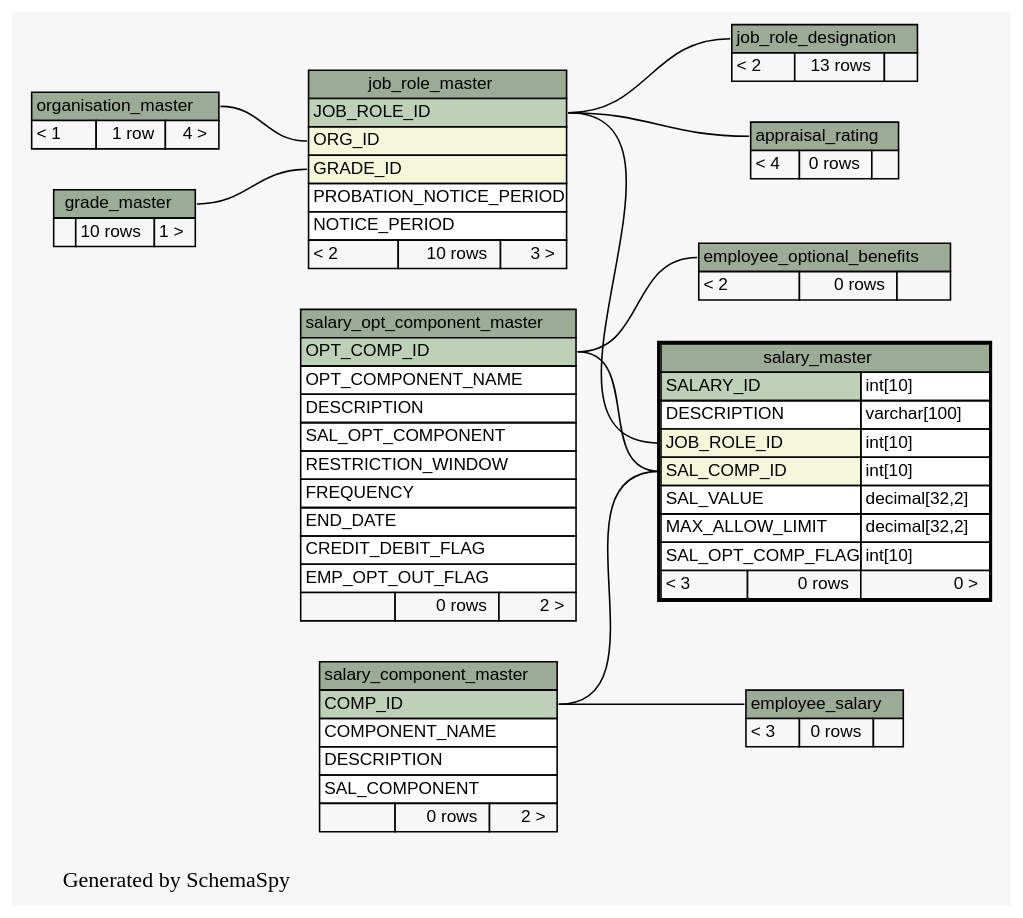
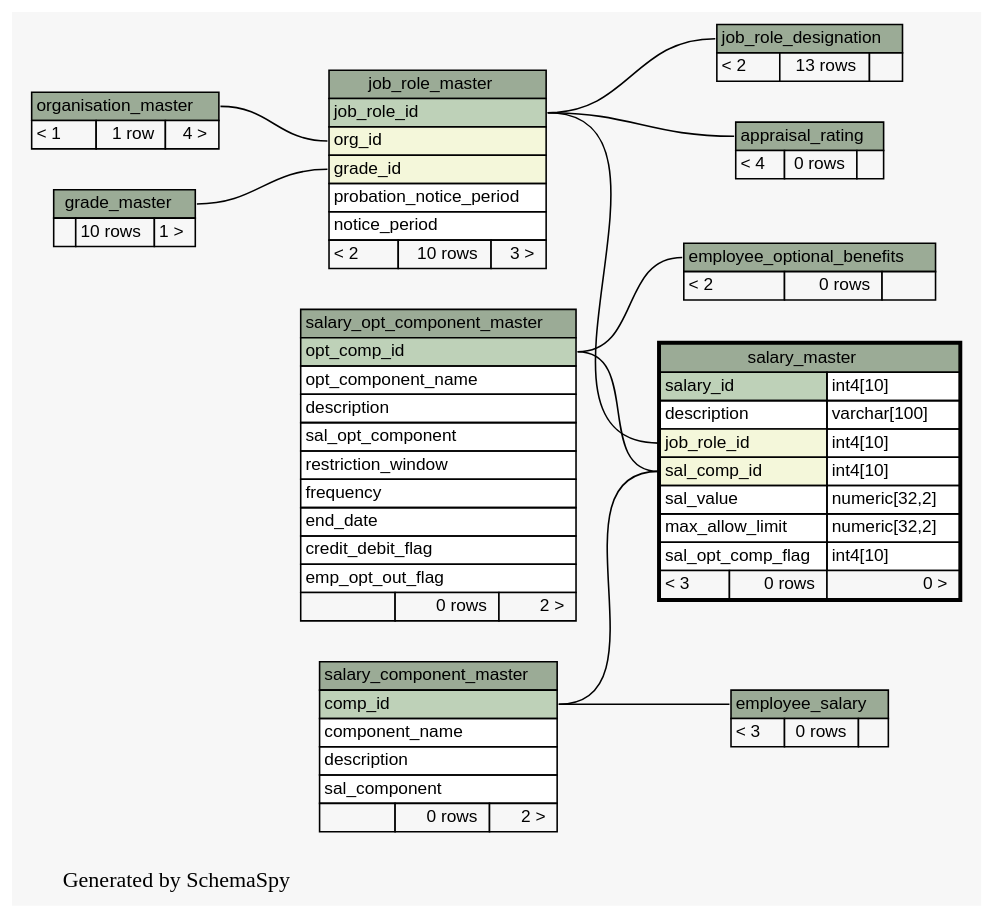
Before and after one commit to engineerscraft/hrms: the diagram in docs/database/schemaspy/graphs/salary_master.2degrees.dot, drawn with Graphviz. The commit also changed 214 other files, not shown here.

```diff
--- a/docs/database/schemaspy/graphs/salary_master.2degrees.dot
+++ b/docs/database/schemaspy/graphs/salary_master.2degrees.dot
@@ -1,141 +1,141 @@
 // dot 2.38.0 on Windows 7 6.1
 digraph "twoDegreesRelationshipsGraph" {
   graph [
     rankdir="RL"
     bgcolor="#f7f7f7"
     label="\nGenerated by SchemaSpy"
     labeljust="l"
   ];
   node [
     fontname="Helvetica"
     fontsize="11"
     shape="plaintext"
   ];
   edge [
     arrowsize="0.8"
   ];
-  "appraisal_rating":"appraisal_rating.heading":w -> "job_role_master":"JOB_ROLE_ID":e [arrowtail=crowodot arrowhead=none];
-  "employee_optional_benefits":"employee_optional_benefits.heading":w -> "salary_opt_component_master":"OPT_COMP_ID":e [arrowtail=crowodot arrowhead=none];
-  "employee_salary":"employee_salary.heading":w -> "salary_component_master":"COMP_ID":e [arrowtail=crowtee arrowhead=none];
-  "job_role_designation":"job_role_designation.heading":w -> "job_role_master":"JOB_ROLE_ID":e [arrowtail=crowtee arrowhead=none];
-  "job_role_master":"GRADE_ID":w -> "grade_master":"grade_master.heading":e [arrowtail=crowtee arrowhead=none];
-  "job_role_master":"ORG_ID":w -> "organisation_master":"organisation_master.heading":e [arrowtail=crowtee arrowhead=none];
-  "salary_master":"JOB_ROLE_ID":w -> "job_role_master":"JOB_ROLE_ID":e [arrowtail=crowtee arrowhead=none];
-  "salary_master":"SAL_COMP_ID":w -> "salary_component_master":"COMP_ID":e [arrowtail=crowtee arrowhead=none];
-  "salary_master":"SAL_COMP_ID":w -> "salary_opt_component_master":"OPT_COMP_ID":e [arrowtail=crowtee arrowhead=none];
+  "appraisal_rating":"appraisal_rating.heading":w -> "job_role_master":"job_role_id":e [arrowtail=crowodot arrowhead=none];
+  "employee_optional_benefits":"employee_optional_benefits.heading":w -> "salary_opt_component_master":"opt_comp_id":e [arrowtail=crowodot arrowhead=none];
+  "employee_salary":"employee_salary.heading":w -> "salary_component_master":"comp_id":e [arrowtail=crowtee arrowhead=none];
+  "job_role_designation":"job_role_designation.heading":w -> "job_role_master":"job_role_id":e [arrowtail=crowtee arrowhead=none];
+  "job_role_master":"grade_id":w -> "grade_master":"grade_master.heading":e [arrowtail=crowtee arrowhead=none];
+  "job_role_master":"org_id":w -> "organisation_master":"organisation_master.heading":e [arrowtail=crowtee arrowhead=none];
+  "salary_master":"job_role_id":w -> "job_role_master":"job_role_id":e [arrowtail=crowtee arrowhead=none];
+  "salary_master":"sal_comp_id":w -> "salary_component_master":"comp_id":e [arrowtail=crowtee arrowhead=none];
+  "salary_master":"sal_comp_id":w -> "salary_opt_component_master":"opt_comp_id":e [arrowtail=crowtee arrowhead=none];
   "appraisal_rating" [
     label=<
     <TABLE BORDER="0" CELLBORDER="1" CELLSPACING="0" BGCOLOR="#ffffff">
       <TR><TD PORT="appraisal_rating.heading" COLSPAN="3" BGCOLOR="#9bab96" ALIGN="CENTER">appraisal_rating</TD></TR>
       <TR><TD ALIGN="LEFT" BGCOLOR="#f7f7f7">&lt; 4</TD><TD ALIGN="RIGHT" BGCOLOR="#f7f7f7">0 rows</TD><TD ALIGN="RIGHT" BGCOLOR="#f7f7f7">  </TD></TR>
     </TABLE>>
     URL="appraisal_rating.html#graph"
     tooltip="appraisal_rating"
   ];
   "employee_optional_benefits" [
     label=<
     <TABLE BORDER="0" CELLBORDER="1" CELLSPACING="0" BGCOLOR="#ffffff">
       <TR><TD PORT="employee_optional_benefits.heading" COLSPAN="3" BGCOLOR="#9bab96" ALIGN="CENTER">employee_optional_benefits</TD></TR>
       <TR><TD ALIGN="LEFT" BGCOLOR="#f7f7f7">&lt; 2</TD><TD ALIGN="RIGHT" BGCOLOR="#f7f7f7">0 rows</TD><TD ALIGN="RIGHT" BGCOLOR="#f7f7f7">  </TD></TR>
     </TABLE>>
     URL="employee_optional_benefits.html#graph"
     tooltip="employee_optional_benefits"
   ];
   "employee_salary" [
     label=<
     <TABLE BORDER="0" CELLBORDER="1" CELLSPACING="0" BGCOLOR="#ffffff">
       <TR><TD PORT="employee_salary.heading" COLSPAN="3" BGCOLOR="#9bab96" ALIGN="CENTER">employee_salary</TD></TR>
       <TR><TD ALIGN="LEFT" BGCOLOR="#f7f7f7">&lt; 3</TD><TD ALIGN="RIGHT" BGCOLOR="#f7f7f7">0 rows</TD><TD ALIGN="RIGHT" BGCOLOR="#f7f7f7">  </TD></TR>
     </TABLE>>
     URL="employee_salary.html#graph"
     tooltip="employee_salary"
   ];
   "grade_master" [
     label=<
     <TABLE BORDER="0" CELLBORDER="1" CELLSPACING="0" BGCOLOR="#ffffff">
       <TR><TD PORT="grade_master.heading" COLSPAN="3" BGCOLOR="#9bab96" ALIGN="CENTER">grade_master</TD></TR>
       <TR><TD ALIGN="LEFT" BGCOLOR="#f7f7f7">  </TD><TD ALIGN="RIGHT" BGCOLOR="#f7f7f7">10 rows</TD><TD ALIGN="RIGHT" BGCOLOR="#f7f7f7">1 &gt;</TD></TR>
     </TABLE>>
     URL="grade_master.html#graph"
     tooltip="grade_master"
   ];
   "job_role_designation" [
     label=<
     <TABLE BORDER="0" CELLBORDER="1" CELLSPACING="0" BGCOLOR="#ffffff">
       <TR><TD PORT="job_role_designation.heading" COLSPAN="3" BGCOLOR="#9bab96" ALIGN="CENTER">job_role_designation</TD></TR>
       <TR><TD ALIGN="LEFT" BGCOLOR="#f7f7f7">&lt; 2</TD><TD ALIGN="RIGHT" BGCOLOR="#f7f7f7">13 rows</TD><TD ALIGN="RIGHT" BGCOLOR="#f7f7f7">  </TD></TR>
     </TABLE>>
     URL="job_role_designation.html#graph"
     tooltip="job_role_designation"
   ];
   "job_role_master" [
     label=<
     <TABLE BORDER="0" CELLBORDER="1" CELLSPACING="0" BGCOLOR="#ffffff">
       <TR><TD PORT="job_role_master.heading" COLSPAN="3" BGCOLOR="#9bab96" ALIGN="CENTER">job_role_master</TD></TR>
-      <TR><TD PORT="JOB_ROLE_ID" COLSPAN="3" BGCOLOR="#bed1b8" ALIGN="LEFT">JOB_ROLE_ID</TD></TR>
-      <TR><TD PORT="ORG_ID" COLSPAN="3" BGCOLOR="#f4f7da" ALIGN="LEFT">ORG_ID</TD></TR>
-      <TR><TD PORT="GRADE_ID" COLSPAN="3" BGCOLOR="#f4f7da" ALIGN="LEFT">GRADE_ID</TD></TR>
-      <TR><TD PORT="PROBATION_NOTICE_PERIOD" COLSPAN="3" ALIGN="LEFT">PROBATION_NOTICE_PERIOD</TD></TR>
-      <TR><TD PORT="NOTICE_PERIOD" COLSPAN="3" ALIGN="LEFT">NOTICE_PERIOD</TD></TR>
+      <TR><TD PORT="job_role_id" COLSPAN="3" BGCOLOR="#bed1b8" ALIGN="LEFT">job_role_id</TD></TR>
+      <TR><TD PORT="org_id" COLSPAN="3" BGCOLOR="#f4f7da" ALIGN="LEFT">org_id</TD></TR>
+      <TR><TD PORT="grade_id" COLSPAN="3" BGCOLOR="#f4f7da" ALIGN="LEFT">grade_id</TD></TR>
+      <TR><TD PORT="probation_notice_period" COLSPAN="3" ALIGN="LEFT">probation_notice_period</TD></TR>
+      <TR><TD PORT="notice_period" COLSPAN="3" ALIGN="LEFT">notice_period</TD></TR>
       <TR><TD ALIGN="LEFT" BGCOLOR="#f7f7f7">&lt; 2</TD><TD ALIGN="RIGHT" BGCOLOR="#f7f7f7">10 rows</TD><TD ALIGN="RIGHT" BGCOLOR="#f7f7f7">3 &gt;</TD></TR>
     </TABLE>>
     URL="job_role_master.html#graph"
     tooltip="job_role_master"
   ];
   "organisation_master" [
     label=<
     <TABLE BORDER="0" CELLBORDER="1" CELLSPACING="0" BGCOLOR="#ffffff">
       <TR><TD PORT="organisation_master.heading" COLSPAN="3" BGCOLOR="#9bab96" ALIGN="CENTER">organisation_master</TD></TR>
       <TR><TD ALIGN="LEFT" BGCOLOR="#f7f7f7">&lt; 1</TD><TD ALIGN="RIGHT" BGCOLOR="#f7f7f7">1 row</TD><TD ALIGN="RIGHT" BGCOLOR="#f7f7f7">4 &gt;</TD></TR>
     </TABLE>>
     URL="organisation_master.html#graph"
     tooltip="organisation_master"
   ];
   "salary_component_master" [
     label=<
     <TABLE BORDER="0" CELLBORDER="1" CELLSPACING="0" BGCOLOR="#ffffff">
       <TR><TD PORT="salary_component_master.heading" COLSPAN="3" BGCOLOR="#9bab96" ALIGN="CENTER">salary_component_master</TD></TR>
-      <TR><TD PORT="COMP_ID" COLSPAN="3" BGCOLOR="#bed1b8" ALIGN="LEFT">COMP_ID</TD></TR>
-      <TR><TD PORT="COMPONENT_NAME" COLSPAN="3" ALIGN="LEFT">COMPONENT_NAME</TD></TR>
-      <TR><TD PORT="DESCRIPTION" COLSPAN="3" ALIGN="LEFT">DESCRIPTION</TD></TR>
-      <TR><TD PORT="SAL_COMPONENT" COLSPAN="3" ALIGN="LEFT">SAL_COMPONENT</TD></TR>
+      <TR><TD PORT="comp_id" COLSPAN="3" BGCOLOR="#bed1b8" ALIGN="LEFT">comp_id</TD></TR>
+      <TR><TD PORT="component_name" COLSPAN="3" ALIGN="LEFT">component_name</TD></TR>
+      <TR><TD PORT="description" COLSPAN="3" ALIGN="LEFT">description</TD></TR>
+      <TR><TD PORT="sal_component" COLSPAN="3" ALIGN="LEFT">sal_component</TD></TR>
       <TR><TD ALIGN="LEFT" BGCOLOR="#f7f7f7">  </TD><TD ALIGN="RIGHT" BGCOLOR="#f7f7f7">0 rows</TD><TD ALIGN="RIGHT" BGCOLOR="#f7f7f7">2 &gt;</TD></TR>
     </TABLE>>
     URL="salary_component_master.html#graph"
     tooltip="salary_component_master"
   ];
   "salary_master" [
     label=<
     <TABLE BORDER="2" CELLBORDER="1" CELLSPACING="0" BGCOLOR="#ffffff">
       <TR><TD PORT="salary_master.heading" COLSPAN="3" BGCOLOR="#9bab96" ALIGN="CENTER">salary_master</TD></TR>
-      <TR><TD PORT="SALARY_ID" COLSPAN="2" BGCOLOR="#bed1b8" ALIGN="LEFT">SALARY_ID</TD><TD PORT="SALARY_ID.type" ALIGN="LEFT">int[10]</TD></TR>
-      <TR><TD PORT="DESCRIPTION" COLSPAN="2" ALIGN="LEFT">DESCRIPTION</TD><TD PORT="DESCRIPTION.type" ALIGN="LEFT">varchar[100]</TD></TR>
-      <TR><TD PORT="JOB_ROLE_ID" COLSPAN="2" BGCOLOR="#f4f7da" ALIGN="LEFT">JOB_ROLE_ID</TD><TD PORT="JOB_ROLE_ID.type" ALIGN="LEFT">int[10]</TD></TR>
-      <TR><TD PORT="SAL_COMP_ID" COLSPAN="2" BGCOLOR="#f4f7da" ALIGN="LEFT">SAL_COMP_ID</TD><TD PORT="SAL_COMP_ID.type" ALIGN="LEFT">int[10]</TD></TR>
-      <TR><TD PORT="SAL_VALUE" COLSPAN="2" ALIGN="LEFT">SAL_VALUE</TD><TD PORT="SAL_VALUE.type" ALIGN="LEFT">decimal[32,2]</TD></TR>
-      <TR><TD PORT="MAX_ALLOW_LIMIT" COLSPAN="2" ALIGN="LEFT">MAX_ALLOW_LIMIT</TD><TD PORT="MAX_ALLOW_LIMIT.type" ALIGN="LEFT">decimal[32,2]</TD></TR>
-      <TR><TD PORT="SAL_OPT_COMP_FLAG" COLSPAN="2" ALIGN="LEFT">SAL_OPT_COMP_FLAG</TD><TD PORT="SAL_OPT_COMP_FLAG.type" ALIGN="LEFT">int[10]</TD></TR>
+      <TR><TD PORT="salary_id" COLSPAN="2" BGCOLOR="#bed1b8" ALIGN="LEFT">salary_id</TD><TD PORT="salary_id.type" ALIGN="LEFT">int4[10]</TD></TR>
+      <TR><TD PORT="description" COLSPAN="2" ALIGN="LEFT">description</TD><TD PORT="description.type" ALIGN="LEFT">varchar[100]</TD></TR>
+      <TR><TD PORT="job_role_id" COLSPAN="2" BGCOLOR="#f4f7da" ALIGN="LEFT">job_role_id</TD><TD PORT="job_role_id.type" ALIGN="LEFT">int4[10]</TD></TR>
+      <TR><TD PORT="sal_comp_id" COLSPAN="2" BGCOLOR="#f4f7da" ALIGN="LEFT">sal_comp_id</TD><TD PORT="sal_comp_id.type" ALIGN="LEFT">int4[10]</TD></TR>
+      <TR><TD PORT="sal_value" COLSPAN="2" ALIGN="LEFT">sal_value</TD><TD PORT="sal_value.type" ALIGN="LEFT">numeric[32,2]</TD></TR>
+      <TR><TD PORT="max_allow_limit" COLSPAN="2" ALIGN="LEFT">max_allow_limit</TD><TD PORT="max_allow_limit.type" ALIGN="LEFT">numeric[32,2]</TD></TR>
+      <TR><TD PORT="sal_opt_comp_flag" COLSPAN="2" ALIGN="LEFT">sal_opt_comp_flag</TD><TD PORT="sal_opt_comp_flag.type" ALIGN="LEFT">int4[10]</TD></TR>
       <TR><TD ALIGN="LEFT" BGCOLOR="#f7f7f7">&lt; 3</TD><TD ALIGN="RIGHT" BGCOLOR="#f7f7f7">0 rows</TD><TD ALIGN="RIGHT" BGCOLOR="#f7f7f7">0 &gt;</TD></TR>
     </TABLE>>
     URL="salary_master.html#"
     tooltip="salary_master"
   ];
   "salary_opt_component_master" [
     label=<
     <TABLE BORDER="0" CELLBORDER="1" CELLSPACING="0" BGCOLOR="#ffffff">
       <TR><TD PORT="salary_opt_component_master.heading" COLSPAN="3" BGCOLOR="#9bab96" ALIGN="CENTER">salary_opt_component_master</TD></TR>
-      <TR><TD PORT="OPT_COMP_ID" COLSPAN="3" BGCOLOR="#bed1b8" ALIGN="LEFT">OPT_COMP_ID</TD></TR>
-      <TR><TD PORT="OPT_COMPONENT_NAME" COLSPAN="3" ALIGN="LEFT">OPT_COMPONENT_NAME</TD></TR>
-      <TR><TD PORT="DESCRIPTION" COLSPAN="3" ALIGN="LEFT">DESCRIPTION</TD></TR>
-      <TR><TD PORT="SAL_OPT_COMPONENT" COLSPAN="3" ALIGN="LEFT">SAL_OPT_COMPONENT</TD></TR>
-      <TR><TD PORT="RESTRICTION_WINDOW" COLSPAN="3" ALIGN="LEFT">RESTRICTION_WINDOW</TD></TR>
-      <TR><TD PORT="FREQUENCY" COLSPAN="3" ALIGN="LEFT">FREQUENCY</TD></TR>
-      <TR><TD PORT="END_DATE" COLSPAN="3" ALIGN="LEFT">END_DATE</TD></TR>
-      <TR><TD PORT="CREDIT_DEBIT_FLAG" COLSPAN="3" ALIGN="LEFT">CREDIT_DEBIT_FLAG</TD></TR>
-      <TR><TD PORT="EMP_OPT_OUT_FLAG" COLSPAN="3" ALIGN="LEFT">EMP_OPT_OUT_FLAG</TD></TR>
+      <TR><TD PORT="opt_comp_id" COLSPAN="3" BGCOLOR="#bed1b8" ALIGN="LEFT">opt_comp_id</TD></TR>
+      <TR><TD PORT="opt_component_name" COLSPAN="3" ALIGN="LEFT">opt_component_name</TD></TR>
+      <TR><TD PORT="description" COLSPAN="3" ALIGN="LEFT">description</TD></TR>
+      <TR><TD PORT="sal_opt_component" COLSPAN="3" ALIGN="LEFT">sal_opt_component</TD></TR>
+      <TR><TD PORT="restriction_window" COLSPAN="3" ALIGN="LEFT">restriction_window</TD></TR>
+      <TR><TD PORT="frequency" COLSPAN="3" ALIGN="LEFT">frequency</TD></TR>
+      <TR><TD PORT="end_date" COLSPAN="3" ALIGN="LEFT">end_date</TD></TR>
+      <TR><TD PORT="credit_debit_flag" COLSPAN="3" ALIGN="LEFT">credit_debit_flag</TD></TR>
+      <TR><TD PORT="emp_opt_out_flag" COLSPAN="3" ALIGN="LEFT">emp_opt_out_flag</TD></TR>
       <TR><TD ALIGN="LEFT" BGCOLOR="#f7f7f7">  </TD><TD ALIGN="RIGHT" BGCOLOR="#f7f7f7">0 rows</TD><TD ALIGN="RIGHT" BGCOLOR="#f7f7f7">2 &gt;</TD></TR>
     </TABLE>>
     URL="salary_opt_component_master.html#graph"
     tooltip="salary_opt_component_master"
   ];
 }
```
